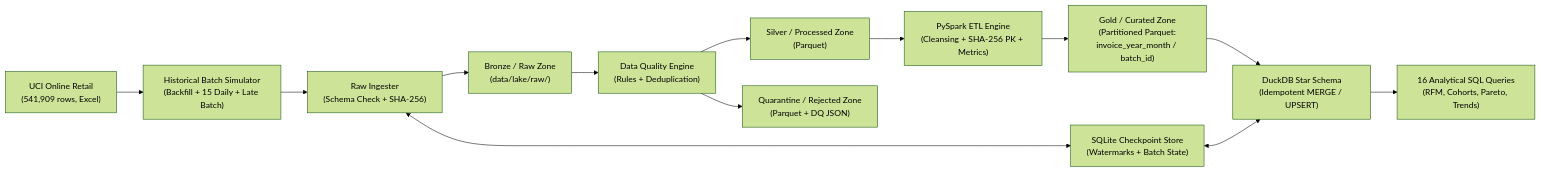
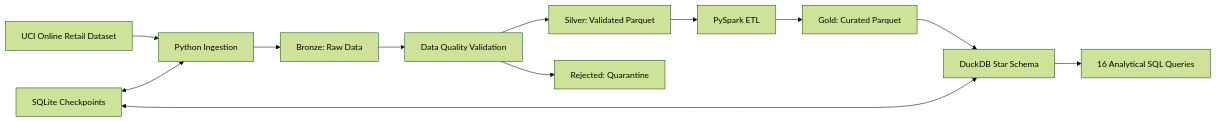
The diagram in README.md (rashmita-21/Retail-Data-Infrastructure-Analytics), drawn with Mermaid (forest theme) before and after one commit. The commit also changed other lines of this file, not shown here.

````diff
--- a/README.md
+++ b/README.md
@@ -17,18 +9,14 @@
 ```mermaid
 flowchart LR
-    SRC["UCI Online Retail<br/>(541,909 rows, Excel)"] --> SIM["Historical Batch Simulator<br/>(Backfill + 15 Daily + Late Batch)"]
-    SIM --> ING["Raw Ingester<br/>(Schema Check + SHA-256)"]
-    ING --> BRONZE["Bronze / Raw Zone<br/>(data/lake/raw/)"]
-    ING <--> CP["SQLite Checkpoint Store<br/>(Watermarks + Batch State)"]
-
-    BRONZE --> DQ["Data Quality Engine<br/>(Rules + Deduplication)"]
-    DQ --> SILVER["Silver / Processed Zone<br/>(Parquet)"]
-    DQ --> REJ["Quarantine / Rejected Zone<br/>(Parquet + DQ JSON)"]
-
-    SILVER --> SPARK["PySpark ETL Engine<br/>(Cleansing + SHA-256 PK + Metrics)"]
-    SPARK --> GOLD["Gold / Curated Zone<br/>(Partitioned Parquet:<br/>invoice_year_month / batch_id)"]
-
-    GOLD --> WH["DuckDB Star Schema<br/>(Idempotent MERGE / UPSERT)"]
-    WH --> SQL["16 Analytical SQL Queries<br/>(RFM, Cohorts, Pareto, Trends)"]
-    CP <--> WH
+    A["UCI Online Retail Dataset"] --> B["Python Ingestion"]
+    B --> C["Bronze: Raw Data"]
+    C --> D["Data Quality Validation"]
+    D --> E["Silver: Validated Parquet"]
+    D --> F["Rejected: Quarantine"]
+    E --> G["PySpark ETL"]
+    G --> H["Gold: Curated Parquet"]
+    H --> I["DuckDB Star Schema"]
+    I --> J["16 Analytical SQL Queries"]
+    K["SQLite Checkpoints"] <--> B
+    K <--> I
 ```
````
